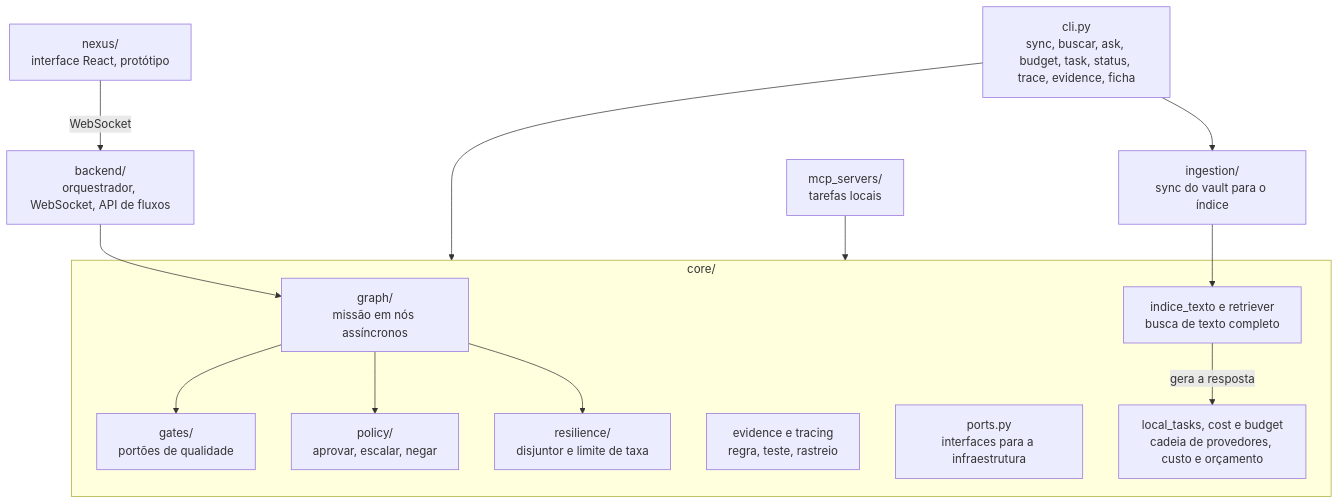
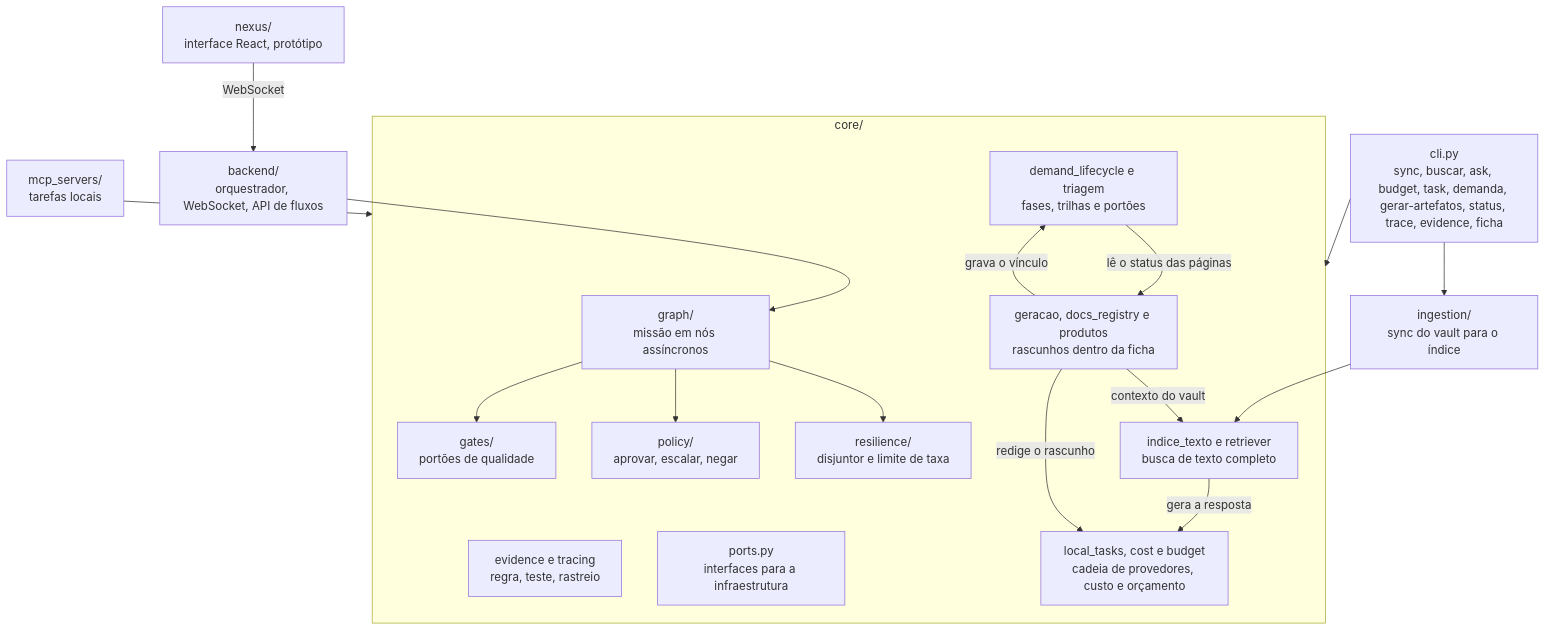
One commit to HuggsF/second-brain-open changed the second of 2 diagrams in fichas/second-brain-open/03-arquitetura.md. Above: the diagram before and after it, drawn with Mermaid. The commit also changed other lines of this file and 9 other files, not shown here.

Commit message:
docs(ficha): ADR da demanda na ficha, runbook, auditoria e README

````diff
--- a/fichas/second-brain-open/03-arquitetura.md
+++ b/fichas/second-brain-open/03-arquitetura.md
@@ -23,28 +25,34 @@
 ```mermaid
 flowchart TB
-    cli[cli.py<br/>sync, buscar, ask, budget, task, status, trace, evidence, ficha]
+    cli[cli.py<br/>sync, buscar, ask, budget, task, demanda, gerar-artefatos, status, trace, evidence, ficha]
     ingestao[ingestion/<br/>sync do vault para o índice]
     mcp[mcp_servers/<br/>tarefas locais]
     backend[backend/<br/>orquestrador, WebSocket, API de fluxos]
     nexus[nexus/<br/>interface React, protótipo]
     subgraph nucleo[core/]
         grafo[graph/<br/>missão em nós assíncronos]
         portoes[gates/<br/>portões de qualidade]
         politica[policy/<br/>aprovar, escalar, negar]
         resil[resilience/<br/>disjuntor e limite de taxa]
         evid[evidence e tracing<br/>regra, teste, rastreio]
         portas[ports.py<br/>interfaces para a infraestrutura]
         busca[indice_texto e retriever<br/>busca de texto completo]
         cadeia[local_tasks, cost e budget<br/>cadeia de provedores, custo e orçamento]
+        demanda[demand_lifecycle e triagem<br/>fases, trilhas e portões]
+        geracao[geracao, docs_registry e produtos<br/>rascunhos dentro da ficha]
     end
     cli --> nucleo
     cli --> ingestao
     ingestao --> busca
     mcp --> nucleo
     busca -->|gera a resposta| cadeia
+    geracao -->|redige o rascunho| cadeia
+    geracao -->|contexto do vault| busca
+    geracao -->|grava o vínculo| demanda
+    demanda -->|lê o status das páginas| geracao
     backend --> grafo
     nexus -->|WebSocket| backend
     grafo --> portoes
     grafo --> politica
     grafo --> resil
 ```
````
